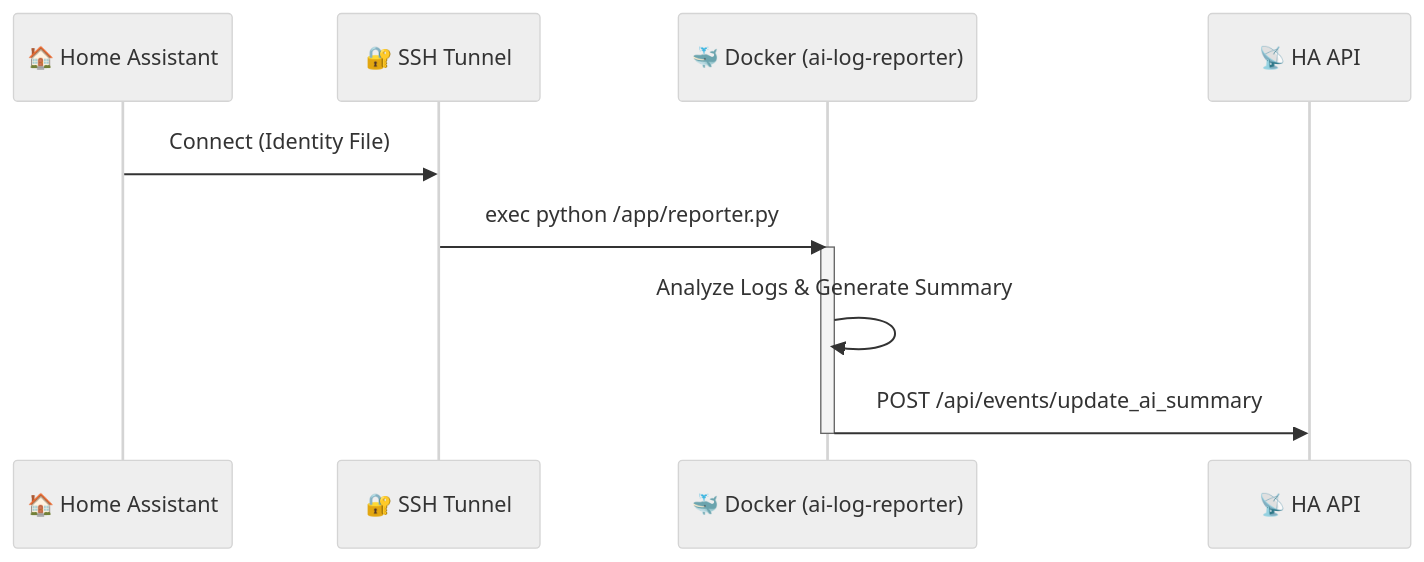
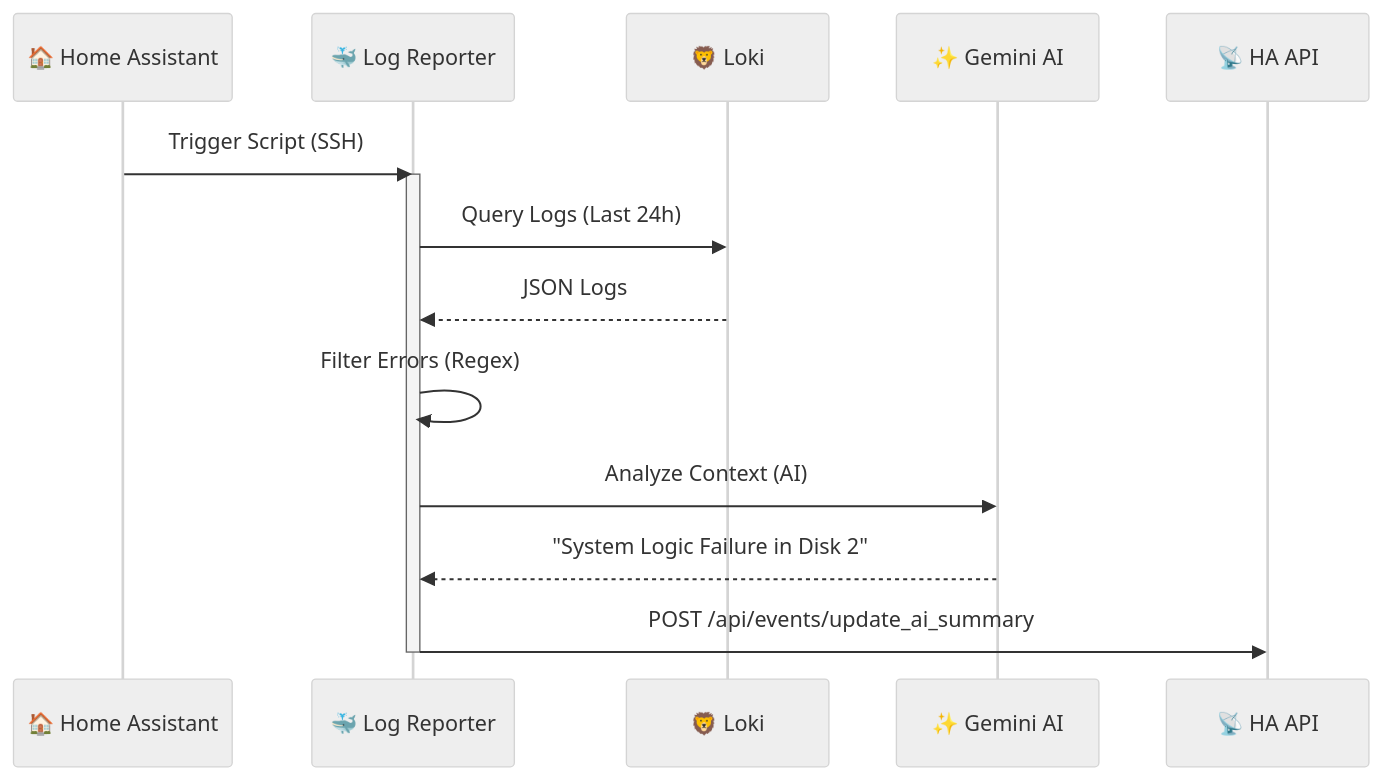
One commit to EvisHome/EvisHomeLab changed the diagram in docs/smart-home/integrations/ai_reporter.md. Above: the diagram before and after it, drawn with Mermaid (neutral theme). The commit also changed other lines of this file, not shown here.

Commit message:
Docs: Refine AI Reporter with detailed comments and process description

````diff
--- a/docs/smart-home/integrations/ai_reporter.md
+++ b/docs/smart-home/integrations/ai_reporter.md
@@ -25,14 +32,18 @@
 ```mermaid
 sequenceDiagram
     participant HA as 🏠 Home Assistant
-    participant SSH as 🔐 SSH Tunnel
-    participant Docker as 🐳 Docker (ai-log-reporter)
+    participant Docker as 🐳 Log Reporter
+    participant Loki as 🦁 Loki
+    participant Gemini as ✨ Gemini AI
     participant API as 📡 HA API
 
-    HA->>SSH: Connect (Identity File)
-    SSH->>Docker: exec python /app/reporter.py
+    HA->>Docker: Trigger Script (SSH)
     activate Docker
-    Docker->>Docker: Analyze Logs & Generate Summary
+    Docker->>Loki: Query Logs (Last 24h)
+    Loki-->>Docker: JSON Logs
+    Docker->>Docker: Filter Errors (Regex)
+    Docker->>Gemini: Analyze Context (AI)
+    Gemini-->>Docker: "System Logic Failure in Disk 2"
     Docker->>API: POST /api/events/update_ai_summary
     deactivate Docker
 ```
````
